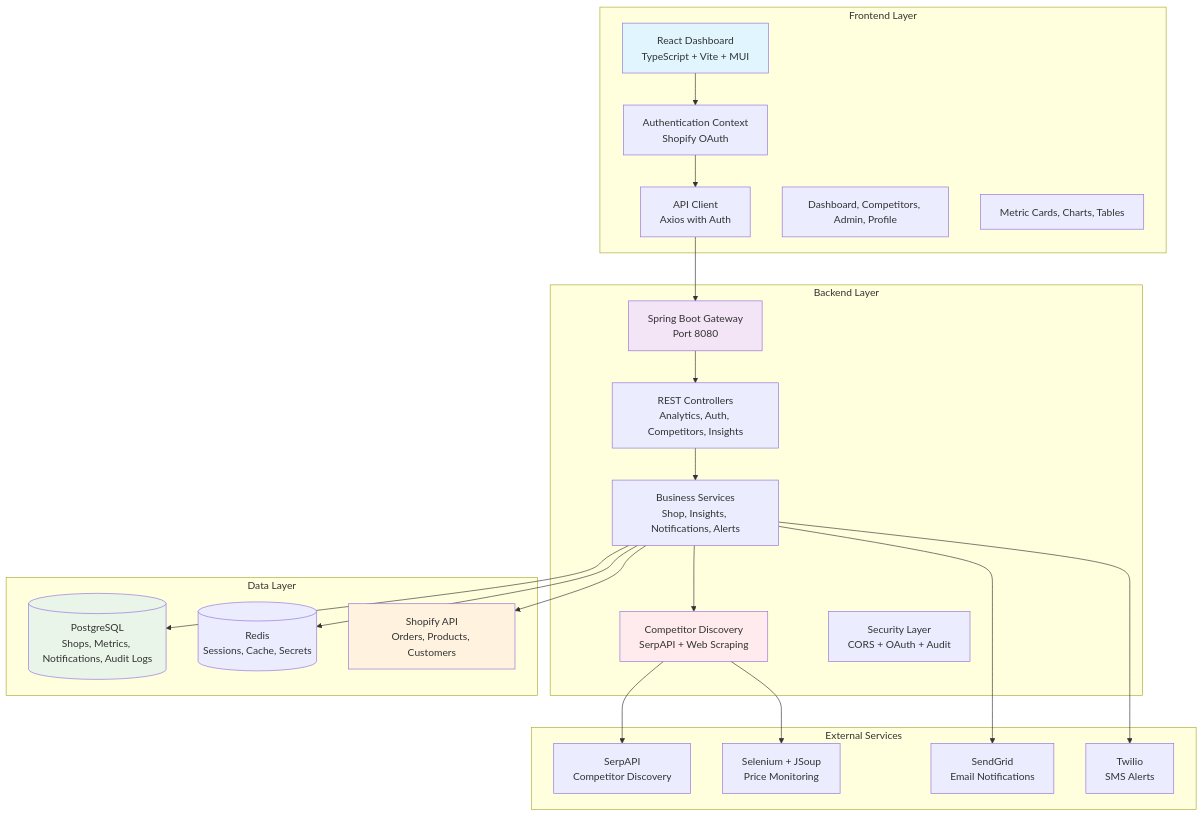
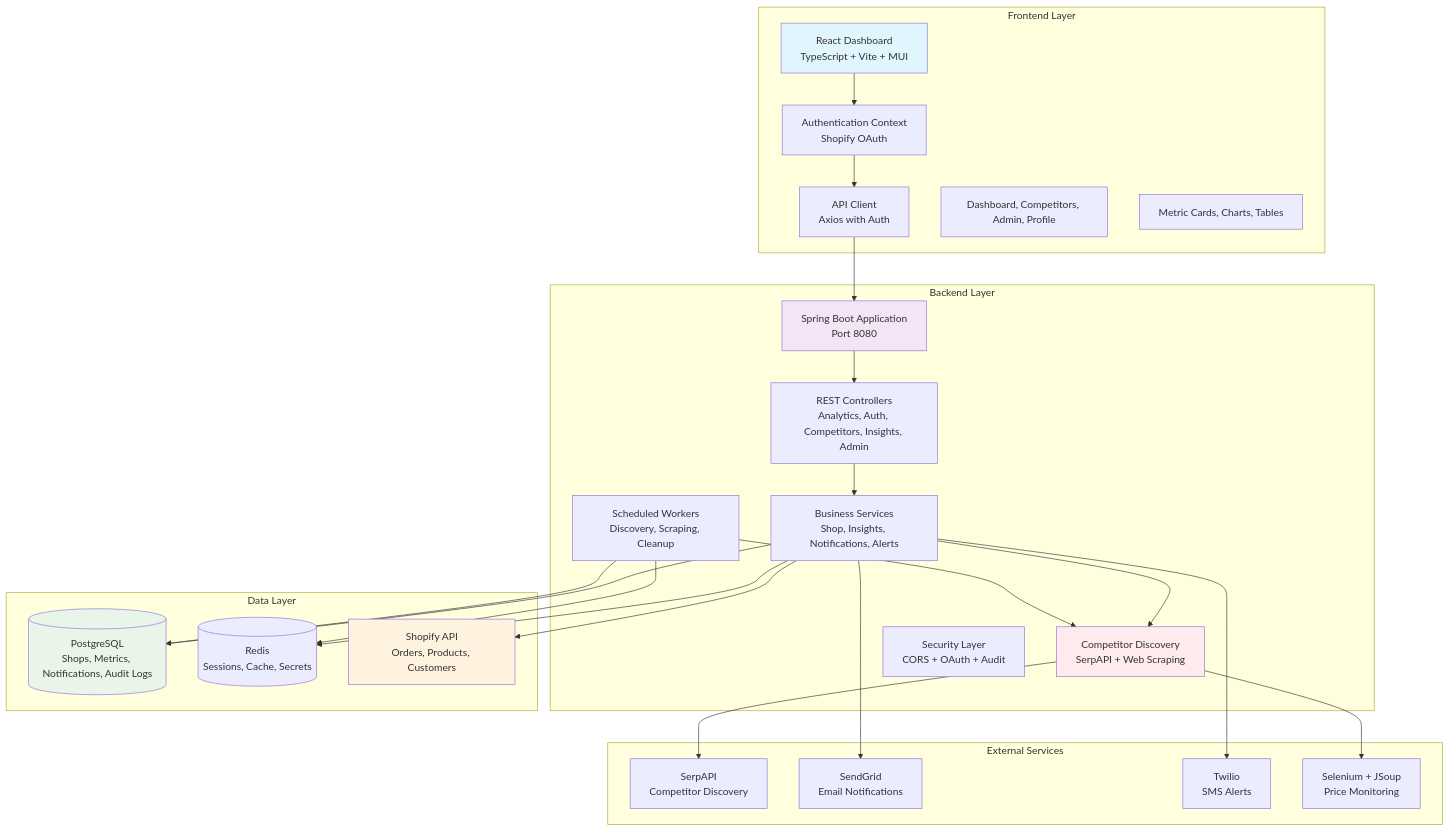
One commit to teja230/storesight changed the first of 3 diagrams in README.md. Above: the diagram before and after it, drawn with Mermaid. The commit also changed other lines of this file and 2 other files, not shown here.

Commit message:
Add comprehensive README for StoreSight backend and frontend, detailing architecture, features, setup, and deployment

````diff
--- a/README.md
+++ b/README.md
@@ -53,51 +53,55 @@
 ```mermaid
 graph TB
     subgraph "Frontend Layer"
         UI[React Dashboard<br/>TypeScript + Vite + MUI]
         Auth[Authentication Context<br/>Shopify OAuth]
         API[API Client<br/>Axios with Auth]
         Pages[Dashboard, Competitors, Admin, Profile]
         Components[Metric Cards, Charts, Tables]
     end
     
     subgraph "Backend Layer"
-        Gateway[Spring Boot Gateway<br/>Port 8080]
-        Controllers[REST Controllers<br/>Analytics, Auth, Competitors, Insights]
+        Gateway[Spring Boot Application<br/>Port 8080]
+        Controllers[REST Controllers<br/>Analytics, Auth, Competitors, Insights, Admin]
         Services[Business Services<br/>Shop, Insights, Notifications, Alerts]
         Discovery[Competitor Discovery<br/>SerpAPI + Web Scraping]
         Security[Security Layer<br/>CORS + OAuth + Audit]
+        Workers[Scheduled Workers<br/>Discovery, Scraping, Cleanup]
     end
     
     subgraph "Data Layer"
         PostgreSQL[(PostgreSQL<br/>Shops, Metrics, Notifications, Audit Logs)]
         Redis[(Redis<br/>Sessions, Cache, Secrets)]
         Shopify[Shopify API<br/>Orders, Products, Customers]
     end
     
     subgraph "External Services"
         SerpAPI[SerpAPI<br/>Competitor Discovery]
         SendGrid[SendGrid<br/>Email Notifications]
         Twilio[Twilio<br/>SMS Alerts]
         WebScraping[Selenium + JSoup<br/>Price Monitoring]
     end
     
     UI --> Auth
     Auth --> API
     API --> Gateway
     Gateway --> Controllers
     Controllers --> Services
     Services --> PostgreSQL
     Services --> Redis
     Services --> Shopify
     Services --> Discovery
     Discovery --> SerpAPI
     Discovery --> WebScraping
     Services --> SendGrid
     Services --> Twilio
+    Workers --> Discovery
+    Workers --> PostgreSQL
+    Workers --> Redis
     
     style UI fill:#e1f5fe
     style Gateway fill:#f3e5f5
     style PostgreSQL fill:#e8f5e8
     style Shopify fill:#fff3e0
     style Discovery fill:#ffebee
 ```
````
